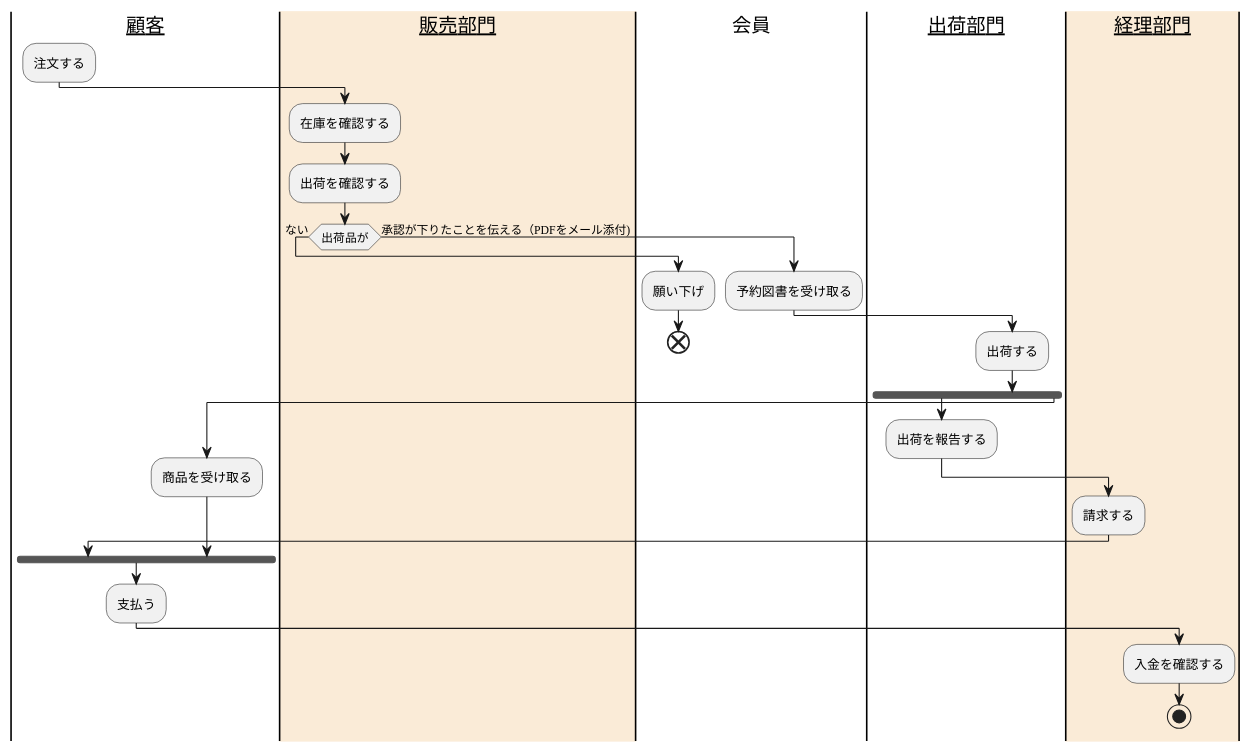
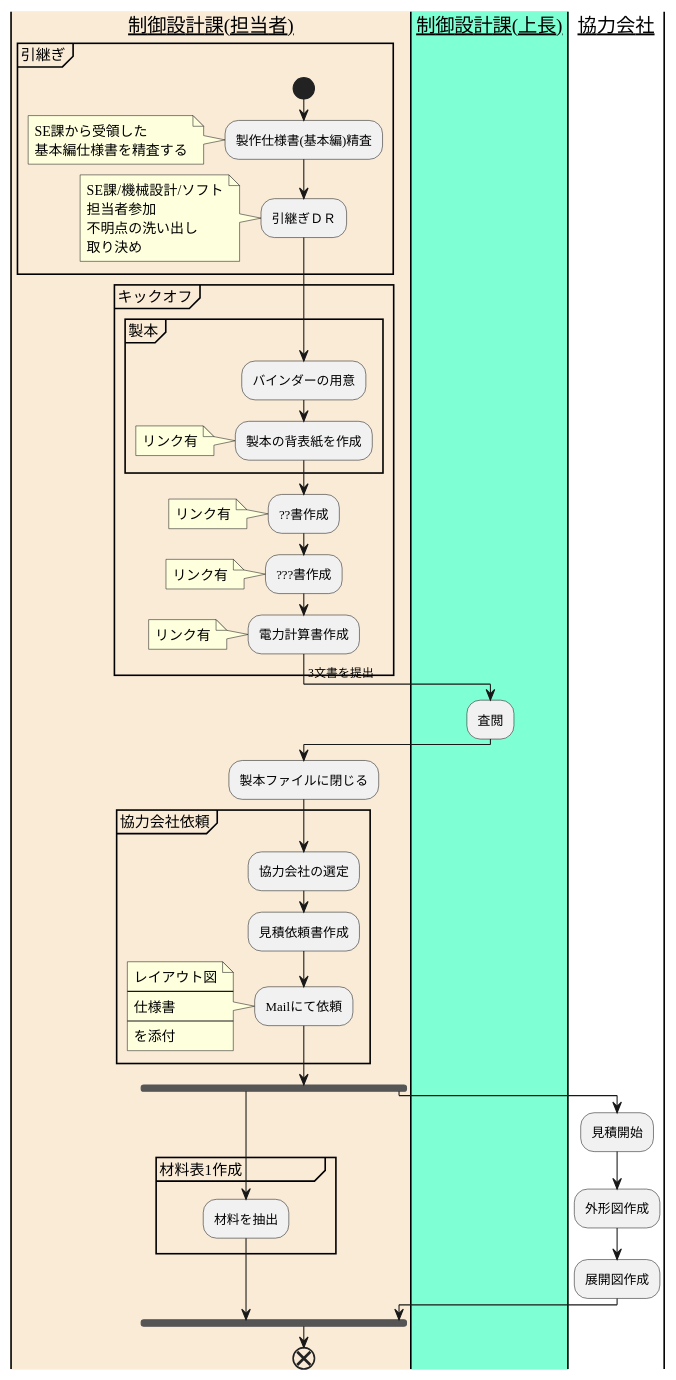
The diagram in 業務フロー/業務フロー.wsd (ystk1/PlantUML), drawn with PlantUML before and after one commit.

```diff
--- a/業務フロー/業務フロー.wsd
+++ b/業務フロー/業務フロー.wsd
@@ -1,39 +1,118 @@
 @startuml
 
-|__顧客__|
-    :注文する;
+' ' |#AliceBlue|__SE課__|
+' |__SE課__|
+' :製作仕様書(基本編);
 
-|#AntiqueWhite|__販売部門__|
-    :在庫を確認する;
-    :出荷を確認する;
+|#AntiqueWhite|__制御設計課(担当者)__|
+group 引継ぎ
+    start
+    :製作仕様書(基本編)精査;
+    note left
+        SE課から受領した
+        基本編仕様書を精査する
+    end note
 
-if (出荷品が) then (ない)
+    :引継ぎＤＲ;
+    note left
+        SE課/機械設計/ソフト
+        担当者参加
+        不明点の洗い出し
+        取り決め
+    end note
+    end group
 
-|会員|
-:願い下げ;
-end
-else (ある)
--> 承認が下りたことを伝える（PDFをメール添付);
-:予約図書を受け取る;
+    group キックオフ
+        group 製本
+            :バインダーの用意;
+            :製本の背表紙を作成;
+            note left
+                リンク有
+            end note
+            end group
 
-|__出荷部門__|
-    :出荷する;
-    fork
-    :出荷を報告する;
+            :??書作成;
+            note left
+                リンク有
+            end note
+            :???書作成;
+            note left
+                リンク有
+            end note
+            :電力計算書作成;
+            note left
+                リンク有
+            end note
+            end group
 
-|#AntiqueWhite|__経理部門__|
-    :請求する;
+            -> 3文書を提出;
+            |#AquaMarine|__制御設計課(上長)__|
+            :査閲;
+            |#AntiqueWhite|__制御設計課(担当者)__|
+            :製本ファイルに閉じる;
+            group 協力会社依頼
+                :協力会社の選定;
+                :見積依頼書作成;
+                :Mailにて依頼;
 
-|__顧客__|
-    forkagain
-    :商品を受け取る;
+                note left
+                    レイアウト図
+                    ----
+                    仕様書
+                    ----
+                    を添付
+                end note
 
-|__顧客__|
-    end fork
-    :支払う;
+                end group
+                fork
 
-|#AntiqueWhite|__経理部門__|
-    :入金を確認する;
-    stop
+                    group 材料表1作成　　　　　
+                        |#AntiqueWhite|__制御設計課(担当者)__|
+                        :材料を抽出;
+                        end group
+                        forkagain
+                        |__協力会社__|
+                        :見積開始;
+                        :外形図作成;
+                        :展開図作成;
+                        |#AntiqueWhite|__制御設計課(担当者)__|
+                        end fork
+                    end
 
-@enduml
+
+
+
+
+
+
+
+                    ' if (出荷品が) then (ない)
+
+                    ' |会員|
+                    ' :願い下げ;
+                    ' end
+                    ' else (ある)
+                    ' -> 承認が下りたことを伝える（PDFをメール添付);
+                    ' :予約図書を受け取る;
+
+                    ' |__出荷部門__|
+                    '     :出荷する;
+                    '     fork
+                    '     :出荷を報告する;
+
+                    ' |#AntiqueWhite|__経理部門__|
+                    '     :請求する;
+
+                    ' |__顧客__|
+                    '     forkagain
+                    '     :商品を受け取る;
+
+                    ' |__顧客__|
+                    '     end fork
+                    '     :支払う;
+
+                    ' |#AntiqueWhite|__経理部門__|
+                    '     :入金を確認する;
+                    '     stop
+
+                    @enduml
```
